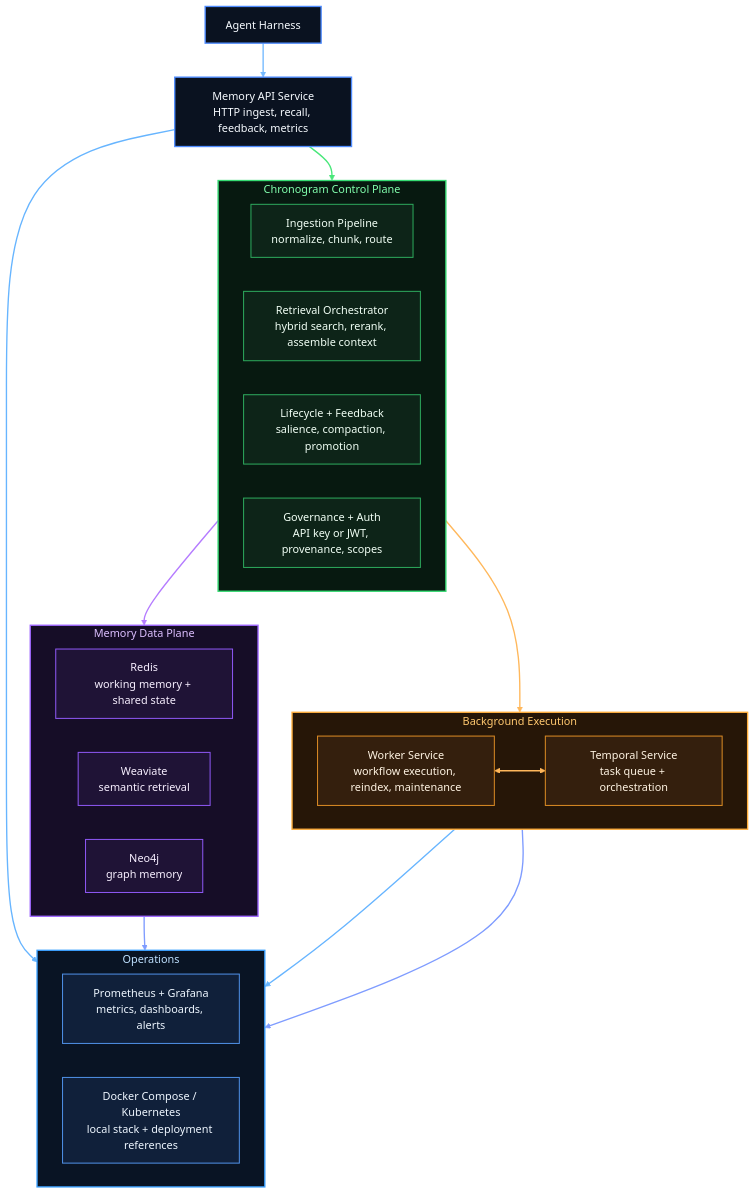
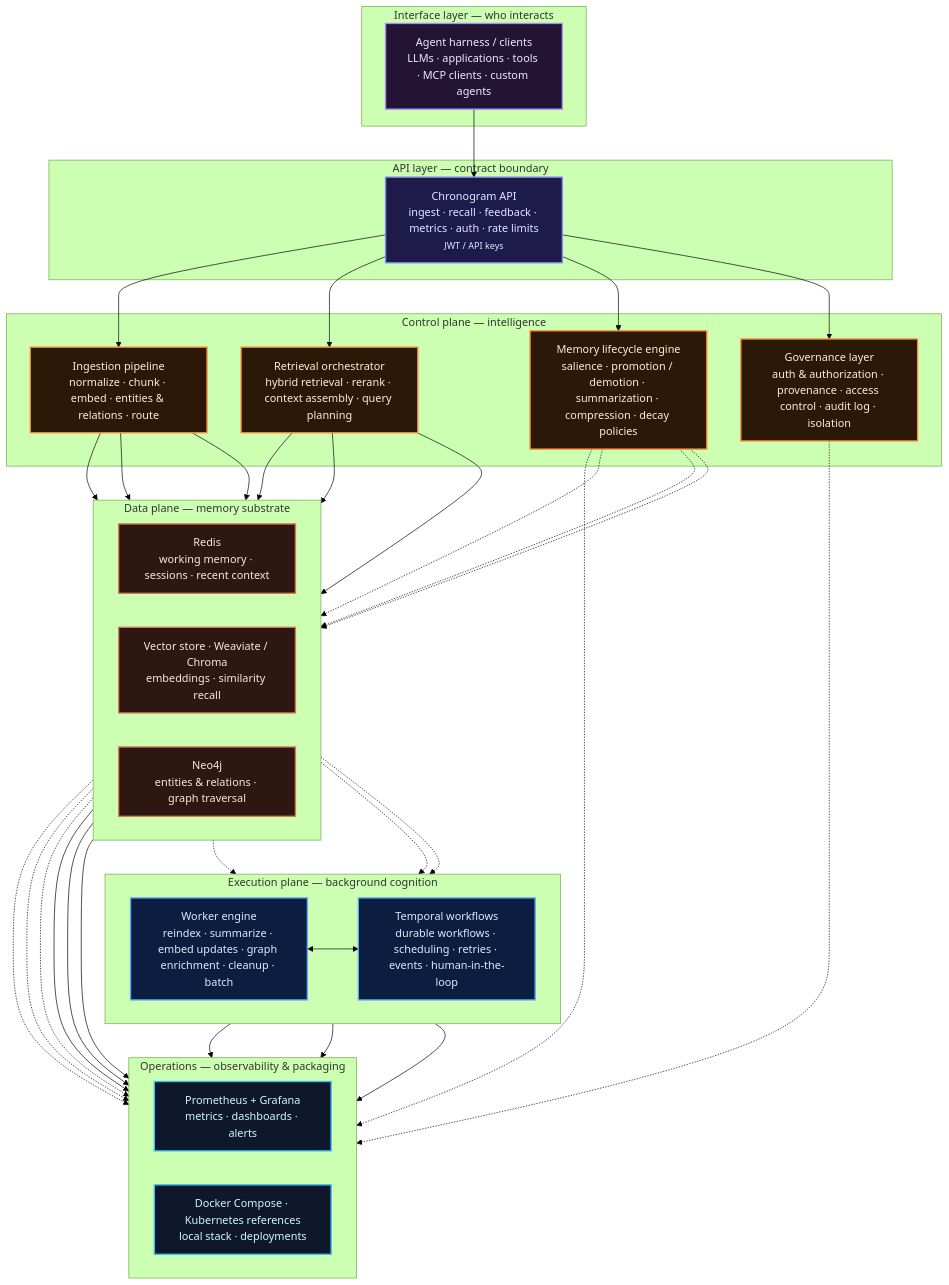
The diagram in README.md (EddiksonPena/Chronogram), drawn with Mermaid (forest theme) before and after one commit. The commit also changed other lines of this file, not shown here.

Commit message:
docs(readme): replace architecture Mermaid with layered planes diagram
Made-with: Cursor

````diff
--- a/README.md
+++ b/README.md
@@ -67,73 +67,76 @@
 ```mermaid
 flowchart TB
-    A["Agent Harness"]
-    B["Memory API Service<br/>HTTP ingest, recall, feedback, metrics"]
-
-    A --> B
-
-    subgraph C["Chronogram Control Plane"]
-        direction LR
-        C1["Ingestion Pipeline<br/>normalize, chunk, route"]
-        C2["Retrieval Orchestrator<br/>hybrid search, rerank, assemble context"]
-        C3["Lifecycle + Feedback<br/>salience, compaction, promotion"]
-        C4["Governance + Auth<br/>API key or JWT, provenance, scopes"]
+    subgraph INTERFACE["Interface layer — who interacts"]
+        AH["Agent harness / clients<br/>LLMs · applications · tools · MCP clients · custom agents"]
     end
 
-    subgraph D["Memory Data Plane"]
-        direction LR
-        D1["Redis<br/>working memory + shared state"]
-        D2["Weaviate<br/>semantic retrieval"]
-        D3["Neo4j<br/>graph memory"]
+    subgraph APILAYER["API layer — contract boundary"]
+        API["Chronogram API<br/>ingest · recall · feedback · metrics · auth · rate limits<br/><small>JWT / API keys</small>"]
     end
 
-    subgraph E["Background Execution"]
-        direction LR
-        E1["Worker Service<br/>workflow execution, reindex, maintenance"]
-        E2["Temporal Service<br/>task queue + orchestration"]
+    subgraph CONTROL["Control plane — intelligence"]
+        IPT["Ingestion pipeline<br/>normalize · chunk · embed · entities & relations · route"]
+        RTR["Retrieval orchestrator<br/>hybrid retrieval · rerank · context assembly · query planning"]
+        MCS["Memory lifecycle engine<br/>salience · promotion / demotion · summarization · compression · decay policies"]
+        GOV["Governance layer<br/>auth & authorization · provenance · access control · audit log · isolation"]
     end
 
-    subgraph F["Operations"]
+    subgraph DATAPLANE["Data plane — memory substrate"]
         direction LR
-        F1["Prometheus + Grafana<br/>metrics, dashboards, alerts"]
-        F2["Docker Compose / Kubernetes<br/>local stack + deployment references"]
+        KV["Redis<br/>working memory · sessions · recent context"]
+        VD["Vector store · Weaviate / Chroma<br/>embeddings · similarity recall"]
+        GPH["Neo4j<br/>entities & relations · graph traversal"]
     end
 
-    B --> C
-    C --> D
-    C --> E1
-    E1 <--> E2
-    B --> F1
-    E1 --> F1
-    D --> F2
-    E2 --> F2
+    subgraph EXECPLANE["Execution plane — background cognition"]
+        direction LR
+        WRK["Worker engine<br/>reindex · summarize · embed updates · graph enrichment · cleanup · batch"]
+        TMP["Temporal workflows<br/>durable workflows · scheduling · retries · events · human-in-the-loop"]
+    end
 
-    classDef top fill:#0a1220,stroke:#4f8cff,color:#f7fbff,stroke-width:2px;
-    classDef control fill:#071910,stroke:#35db72,color:#82ffad,stroke-width:2px;
-    classDef controlItem fill:#0d2418,stroke:#2da85c,color:#f1fff5,stroke-width:1.5px;
-    classDef data fill:#160d27,stroke:#9f67ff,color:#dcbfff,stroke-width:2px;
-    classDef dataItem fill:#1f1336,stroke:#8d57f2,color:#f7efff,stroke-width:1.5px;
-    classDef workflow fill:#261607,stroke:#ffad3b,color:#ffc86f,stroke-width:2px;
-    classDef workflowItem fill:#341f0d,stroke:#d98a24,color:#fff4e3,stroke-width:1.5px;
-    classDef ops fill:#091424,stroke:#3aa0ff,color:#bfe1ff,stroke-width:2px;
-    classDef opsItem fill:#10203a,stroke:#4e8fe4,color:#eef6ff,stroke-width:1.5px;
+    subgraph OPSLAB["Operations — observability & packaging"]
+        direction LR
+        MON["Prometheus + Grafana<br/>metrics · dashboards · alerts"]
+        RUN["Docker Compose · Kubernetes references<br/>local stack · deployments"]
+    end
 
-    class A,B top;
-    class C control;
-    class C1,C2,C3,C4 controlItem;
-    class D data;
-    class D1,D2,D3 dataItem;
-    class E workflow;
-    class E1,E2 workflowItem;
-    class F ops;
-    class F1,F2 opsItem;
+    AH --> API
 
-    linkStyle 0 stroke:#74b9ff,stroke-width:2px
-    linkStyle 1 stroke:#49e77a,stroke-width:2px
-    linkStyle 2 stroke:#b57cff,stroke-width:2px
-    linkStyle 3 stroke:#ffb85c,stroke-width:2px
-    linkStyle 4 stroke:#ffb85c,stroke-width:2px
-    linkStyle 5 stroke:#67b5ff,stroke-width:2px
-    linkStyle 6 stroke:#67b5ff,stroke-width:2px
-    linkStyle 7 stroke:#7f9cff,stroke-width:2px
-    linkStyle 8 stroke:#7f9cff,stroke-width:2px
+    API --> IPT & RTR & MCS & GOV
+
+    IPT --> KV & VD & GPH
+    RTR --> KV & VD & GPH
+    MCS -.-> KV & VD & GPH
+
+    KV -.-> WRK & MON
+    VD -.-> WRK & MON
+    GPH -.-> WRK & MON
+
+    MCS & GOV -.-> MON
+
+    WRK <--> TMP
+
+    TMP --> MON
+    KV & VD & GPH --> RUN
+    WRK --> RUN
+    TMP --> RUN
+
+    classDef iface fill:#231435,stroke:#a78bfa,color:#ede9fe,stroke-width:2px;
+
+    classDef api fill:#1e1b4b,stroke:#818cf8,color:#e0e7ff,stroke-width:2px;
+
+    classDef ctl fill:#2b1806,stroke:#fb923c,color:#ffedd5,stroke-width:2px;
+
+    classDef dp fill:#2c1810,stroke:#d97757,color:#fce7dc,stroke-width:2px;
+
+    classDef exe fill:#0c1e3f,stroke:#60a5fa,color:#dbeafe,stroke-width:2px;
+
+    classDef opsstyle fill:#0f172a,stroke:#38bdf8,color:#cffafe,stroke-width:2px;
+
+    class AH iface;
+    class API api;
+    class IPT,RTR,MCS,GOV ctl;
+    class KV,VD,GPH dp;
+    class WRK,TMP exe;
+    class MON,RUN opsstyle;
 ```
````
